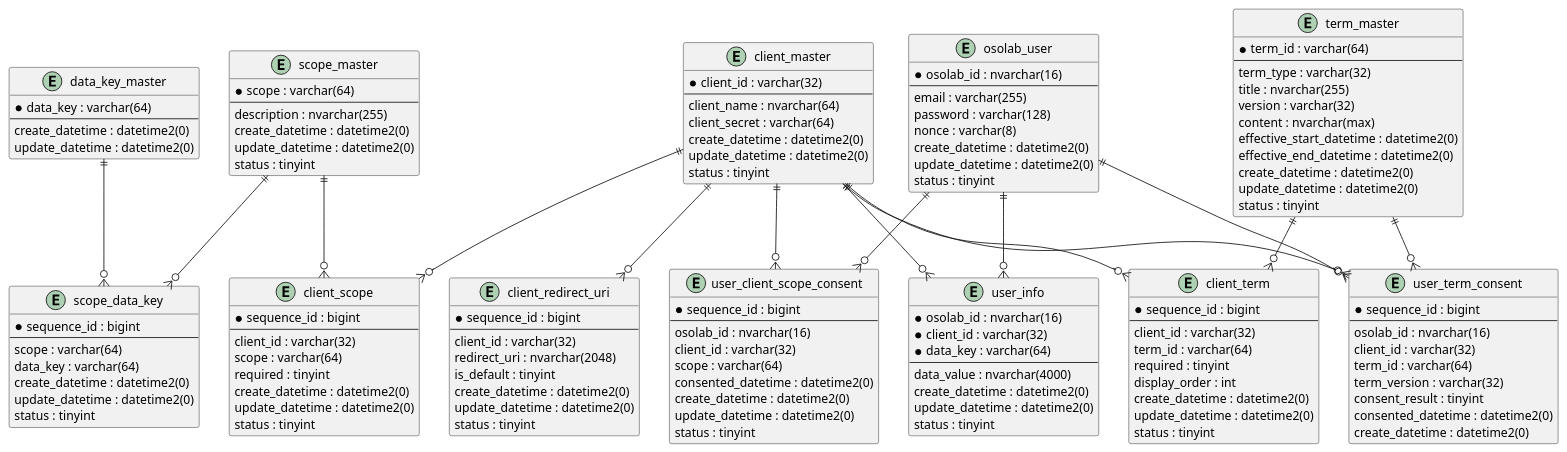
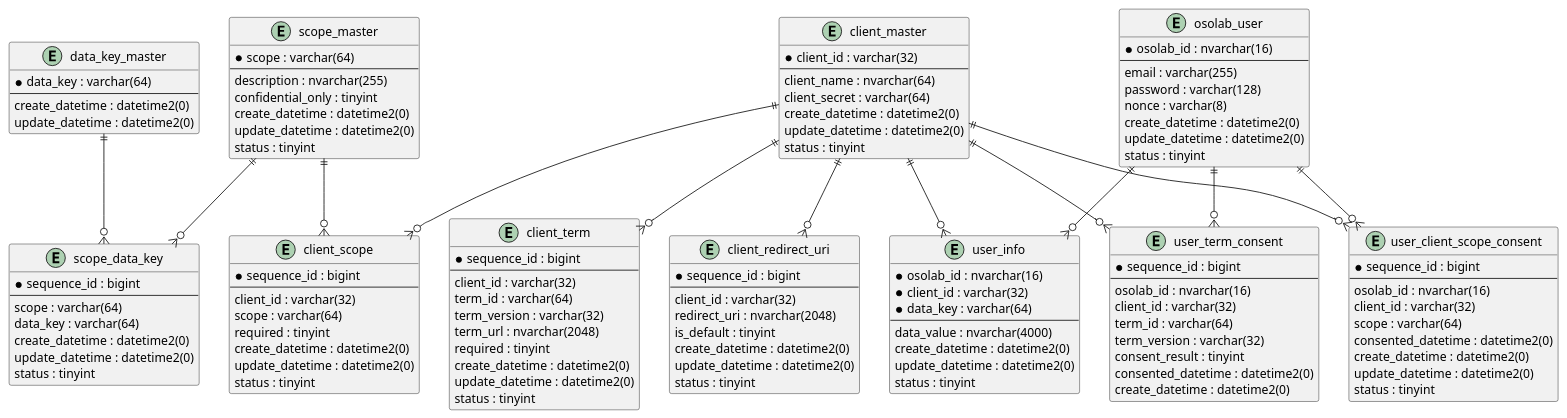
One commit to OsolabAuth/AuthDoc changed the diagram in Data/RDB_Summary.md. Above: the diagram before and after it, drawn with PlantUML. The commit also changed other lines of this file and 6 other files, not shown here.

````diff
--- a/Data/RDB_Summary.md
+++ b/Data/RDB_Summary.md
@@ -82,6 +78,7 @@
   *scope : varchar(64)
   --
   description : nvarchar(255)
+  confidential_only : tinyint
   create_datetime : datetime2(0)
   update_datetime : datetime2(0)
   status : tinyint
@@ -137,27 +134,14 @@
   status : tinyint
 }
 
-entity "term_master" as term_master {
-  *term_id : varchar(64)
-  --
-  term_type : varchar(32)
-  title : nvarchar(255)
-  version : varchar(32)
-  content : nvarchar(max)
-  effective_start_datetime : datetime2(0)
-  effective_end_datetime : datetime2(0)
-  create_datetime : datetime2(0)
-  update_datetime : datetime2(0)
-  status : tinyint
-}
-
 entity "client_term" as client_term {
   *sequence_id : bigint
   --
   client_id : varchar(32)
   term_id : varchar(64)
+  term_version : varchar(32)
+  term_url : nvarchar(2048)
   required : tinyint
-  display_order : int
   create_datetime : datetime2(0)
   update_datetime : datetime2(0)
   status : tinyint
@@ -199,8 +183,6 @@
 scope_master ||--o{ client_scope
 scope_master ||--o{ scope_data_key
 data_key_master ||--o{ scope_data_key
-term_master ||--o{ client_term
-term_master ||--o{ user_term_consent
 
 @enduml
 ```
````
